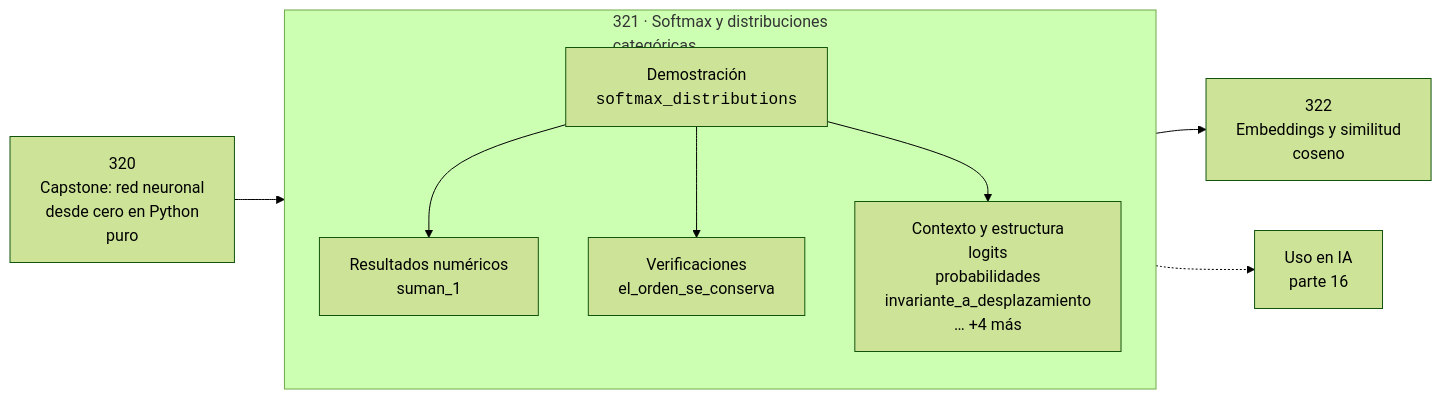
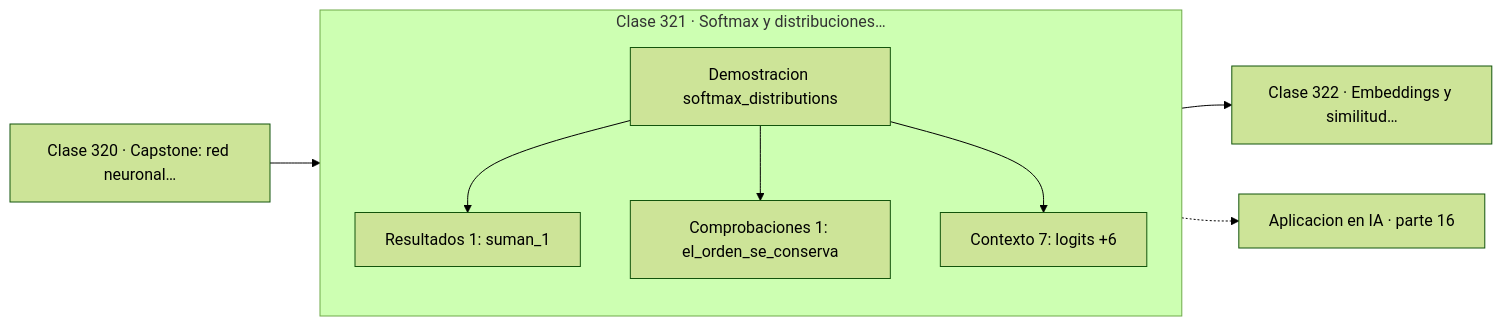
The diagram in classes/part-16-matematica-de-transformers-modelos-generativos-grafos-y-rl/321-softmax-y-distribuciones-categoricas/README.md (vladimiracunadev-create/computational-mathematics-program), drawn with Mermaid (forest theme) before and after one commit. The commit also changed 389 other files, not shown here.

First line of the commit message:
fix(diagramas): elimina el HTML de las etiquetas Mermaid

````diff
--- a/classes/part-16-matematica-de-transformers-modelos-generativos-grafos-y-rl/321-softmax-y-distribuciones-categoricas/README.md
+++ b/classes/part-16-matematica-de-transformers-modelos-generativos-grafos-y-rl/321-softmax-y-distribuciones-categoricas/README.md
@@ -30,12 +30,13 @@
 ```mermaid
 flowchart LR
-    P["320<br/>Capstone: red neuronal<br/>desde cero en Python<br/>puro"] --> C
-    subgraph C["321 · Softmax y distribuciones<br/>categóricas"]
+    P["Clase 320 · Capstone: red neuronal…"] --> D
+    subgraph CLASE["Clase 321 · Softmax y distribuciones…"]
         direction TB
-        D["Demostración<br/><code>softmax_distributions</code>"] --> R["Resultados numéricos<br/>suman_1"]
-        D --> V["Verificaciones<br/>el_orden_se_conserva"]
-        D --> O["Contexto y estructura<br/>logits<br/>probabilidades<br/>invariante_a_desplazamiento<br/>… +4 más"]
+        D["Demostracion softmax_distributions"]
+        D --> R["Resultados 1: suman_1"]
+        D --> V["Comprobaciones 1: el_orden_se_conserva"]
+        D --> O["Contexto 7: logits +6"]
     end
-    C --> N["322<br/>Embeddings y similitud<br/>coseno"]
-    C -.-> IA["Uso en IA<br/>parte 16"]
+    R --> N["Clase 322 · Embeddings y similitud…"]
+    V -.-> IA["Aplicacion en IA · parte 16"]
 ```
````
